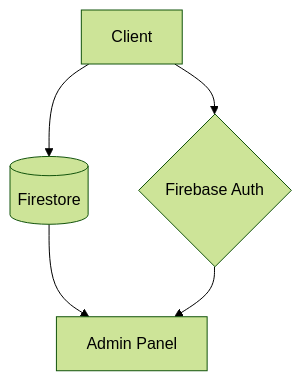
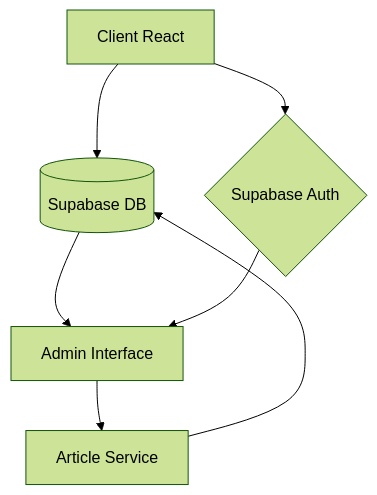
One commit to inherbver/inHerbisVeritas changed the diagram in README.md. Above: the diagram before and after it, drawn with Mermaid (forest theme). The commit also changed other lines of this file and 16 other files, not shown here.

````diff
--- a/README.md
+++ b/README.md
@@ -45,7 +182,9 @@
 ```mermaid
 graph TD
-  A[Client] --> B[(Firestore)]
-  A --> C{Firebase Auth}
-  B --> D[Admin Panel]
+  A[Client React] --> B[(Supabase DB)]
+  A --> C{Supabase Auth}
+  B --> D[Admin Interface]
   C --> D
+  D --> E[Article Service]
+  E --> B
 ```
````
